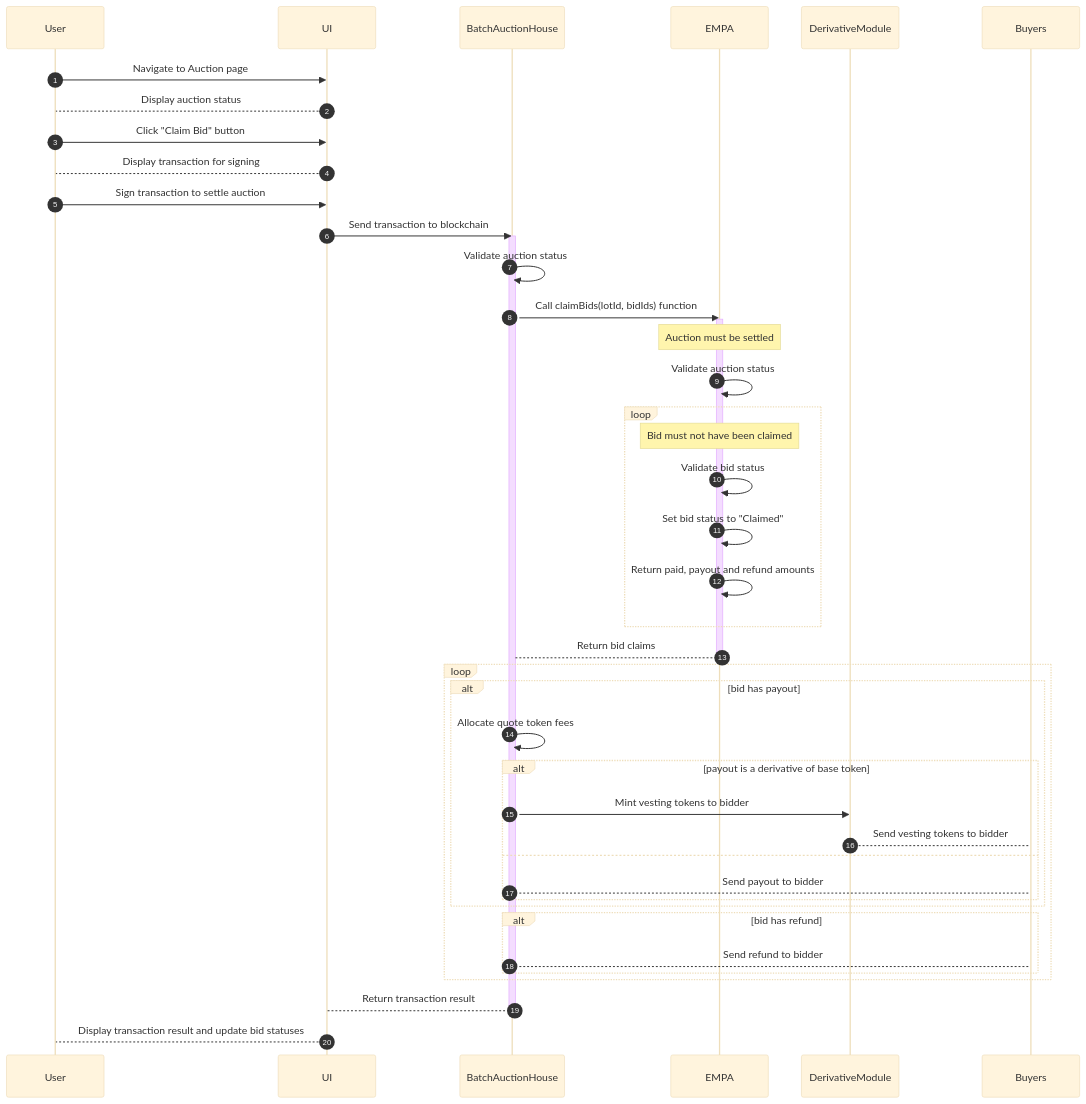
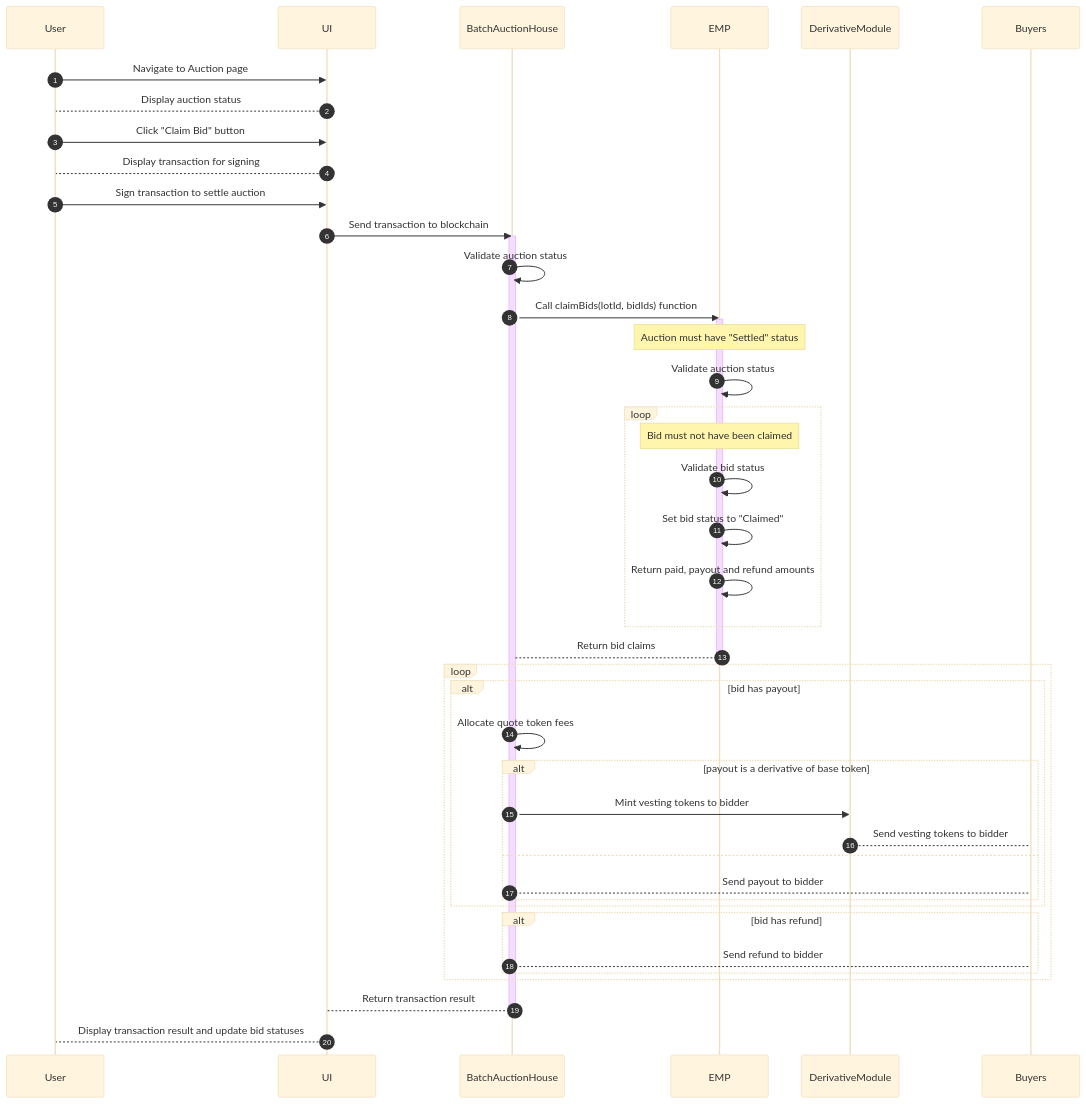
One commit to Axis-Fi/axis-core changed the ninth of 9 diagrams in design/EMPA.md. Above: the diagram before and after it, drawn with Mermaid (base theme). The commit also changed other lines of this file and 1 other file, not shown here.

````diff
--- a/design/EMPA.md
+++ b/design/EMPA.md
@@ -437,49 +493,49 @@
 ```mermaid
 sequenceDiagram
   autoNumber
   participant User
   participant UI
   participant BatchAuctionHouse
-  participant EMPA
+  participant EMP
   participant DerivativeModule
   participant Buyers
 
   User->>UI: Navigate to Auction page
   UI-->User: Display auction status
   User->>UI: Click "Claim Bid" button
   UI-->User: Display transaction for signing
   User->>UI: Sign transaction to settle auction
   UI->>BatchAuctionHouse: Send transaction to blockchain
   activate BatchAuctionHouse
       BatchAuctionHouse->>BatchAuctionHouse: Validate auction status
-      BatchAuctionHouse->>EMPA: Call claimBids(lotId, bidIds) function
-      activate EMPA
-          Note over EMPA: Auction must be settled
-          EMPA->>EMPA: Validate auction status
+      BatchAuctionHouse->>EMP: Call claimBids(lotId, bidIds) function
+      activate EMP
+          Note over EMP: Auction must have "Settled" status
+          EMP->>EMP: Validate auction status
           loop
-            Note over EMPA: Bid must not have been claimed
-            EMPA->>EMPA: Validate bid status
-            EMPA->>EMPA: Set bid status to "Claimed"
-            EMPA->>EMPA: Return paid, payout and refund amounts
+            Note over EMP: Bid must not have been claimed
+            EMP->>EMP: Validate bid status
+            EMP->>EMP: Set bid status to "Claimed"
+            EMP->>EMP: Return paid, payout and refund amounts
           end
-          EMPA-->BatchAuctionHouse: Return bid claims
-      deactivate EMPA
+          EMP-->BatchAuctionHouse: Return bid claims
+      deactivate EMP
       loop
         alt bid has payout
           BatchAuctionHouse->>BatchAuctionHouse: Allocate quote token fees
           alt payout is a derivative of base token
             BatchAuctionHouse->>DerivativeModule: Mint vesting tokens to bidder
             DerivativeModule-->Buyers: Send vesting tokens to bidder
           else
             BatchAuctionHouse-->Buyers: Send payout to bidder
           end
         end
 
         alt bid has refund
           BatchAuctionHouse-->Buyers: Send refund to bidder
         end
       end
       BatchAuctionHouse-->UI: Return transaction result
   deactivate BatchAuctionHouse
   UI-->User: Display transaction result and update bid statuses
 ```
````
